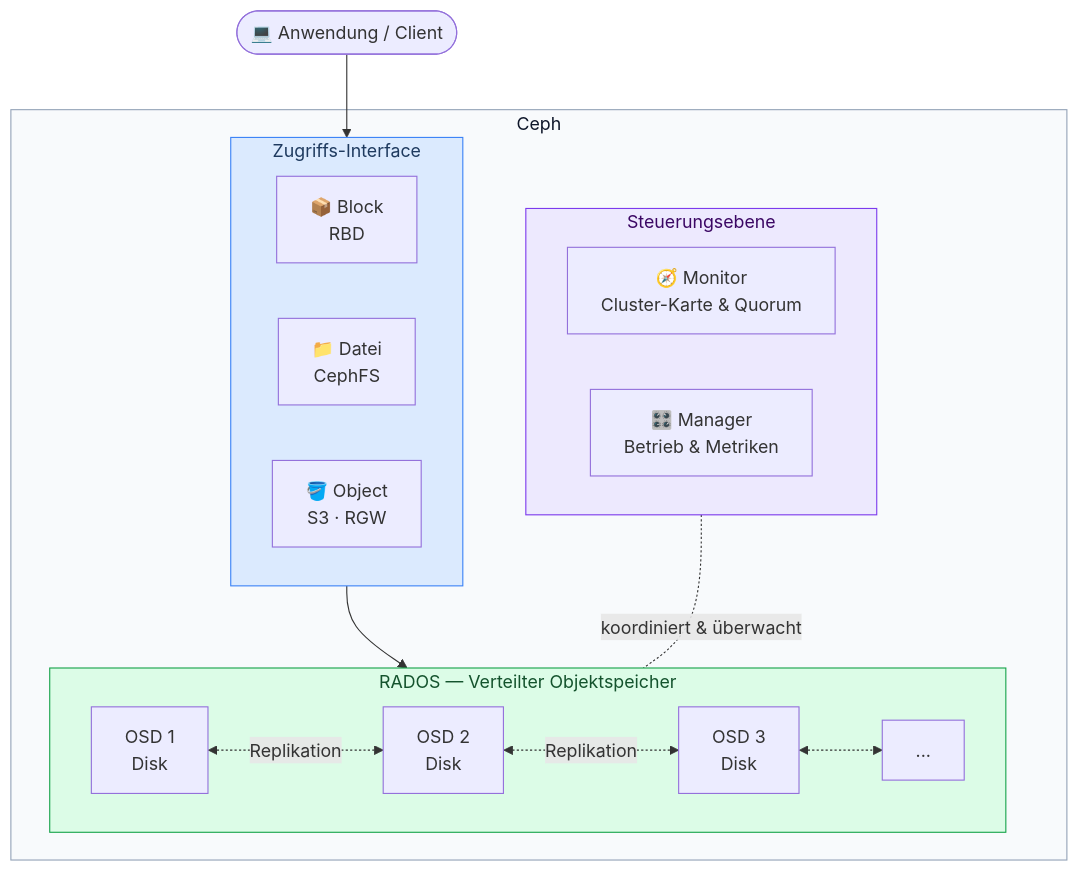
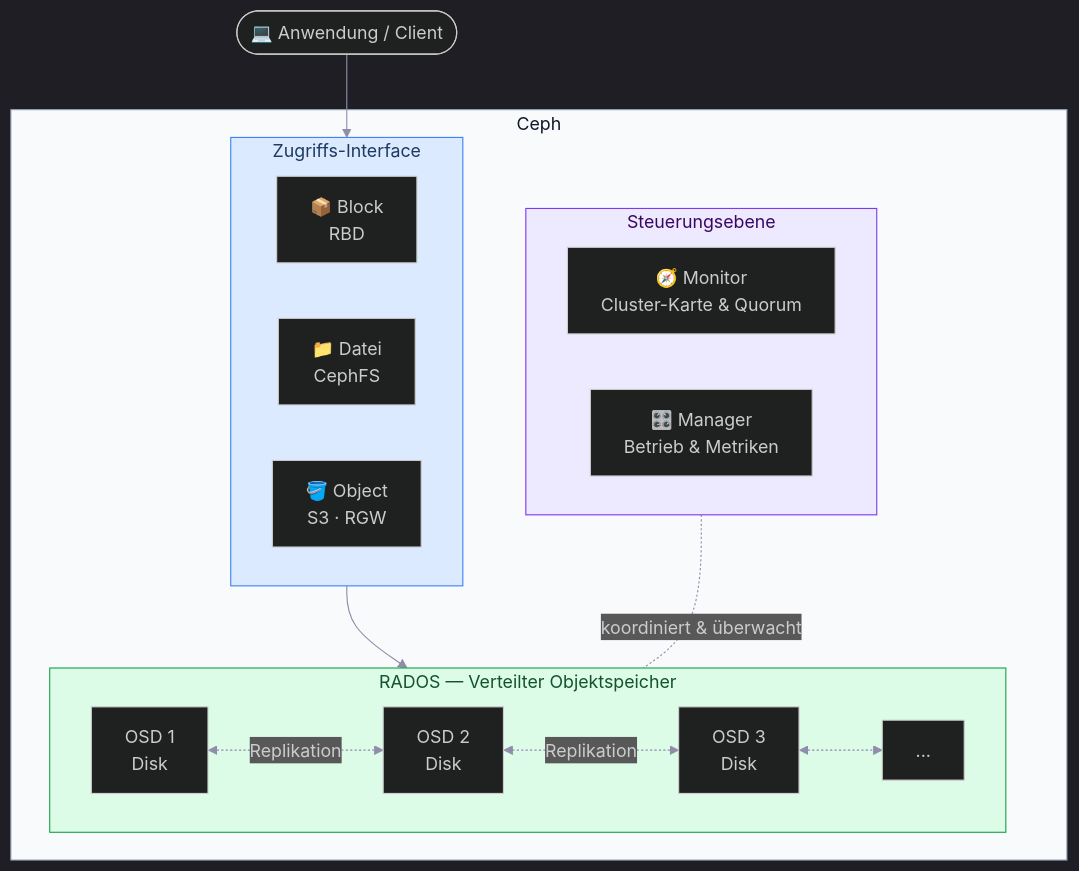
Before and after one commit to PhilippTheServer/ceph-cluster-on-a-budget: the second of 2 diagrams in README.md, drawn with Mermaid.

Commit message:
docs(README): rework Ceph Structure graph

````diff
--- a/README.md
+++ b/README.md
@@ -236,39 +236,40 @@
 ```mermaid
+%%{init: {'theme': 'dark', 'themeVariables': {'background': '#0d0c14', 'primaryColor': '#1a1828', 'primaryTextColor': '#e0def4', 'primaryBorderColor': '#524f67', 'lineColor': '#908caa', 'clusterBkg': '#131120', 'clusterBorder': '#423e59', 'titleColor': '#e0def4'}}}%%
 flowchart TB
     APP(["💻 Anwendung / Client"])
 
     subgraph CEPH["Ceph"]
         subgraph IF["Zugriffs-Interface"]
             direction LR
             RBD["📦 Block\nRBD"]
             CFS["📁 Datei\nCephFS"]
             RGW["🪣 Object\nS3 · RGW"]
         end
 
         subgraph RADOS["RADOS — Verteilter Objektspeicher"]
             direction LR
             O1["OSD 1\nDisk"] 
             O2["OSD 2\nDisk"]
             O3["OSD 3\nDisk"]
             ON["..."]
             O1 <-.->|"Replikation"| O2
             O2 <-.->|"Replikation"| O3
             O3 <-.-> ON
         end
 
         subgraph CTRL["Steuerungsebene"]
             direction LR
             MON["🧭 Monitor\nCluster-Karte & Quorum"]
             MGR["🎛️ Manager\nBetrieb & Metriken"]
         end
     end
 
     APP --> IF
     IF --> RADOS
     CTRL -.-|"koordiniert & überwacht"| RADOS
 
     style CEPH  fill:#f8fafc,stroke:#94a3b8,color:#0f172a
     style IF    fill:#dbeafe,stroke:#3b82f6,color:#1e3a5f
     style RADOS fill:#dcfce7,stroke:#16a34a,color:#14532d
     style CTRL  fill:#ede9fe,stroke:#7c3aed,color:#3b0764
 ```
````
